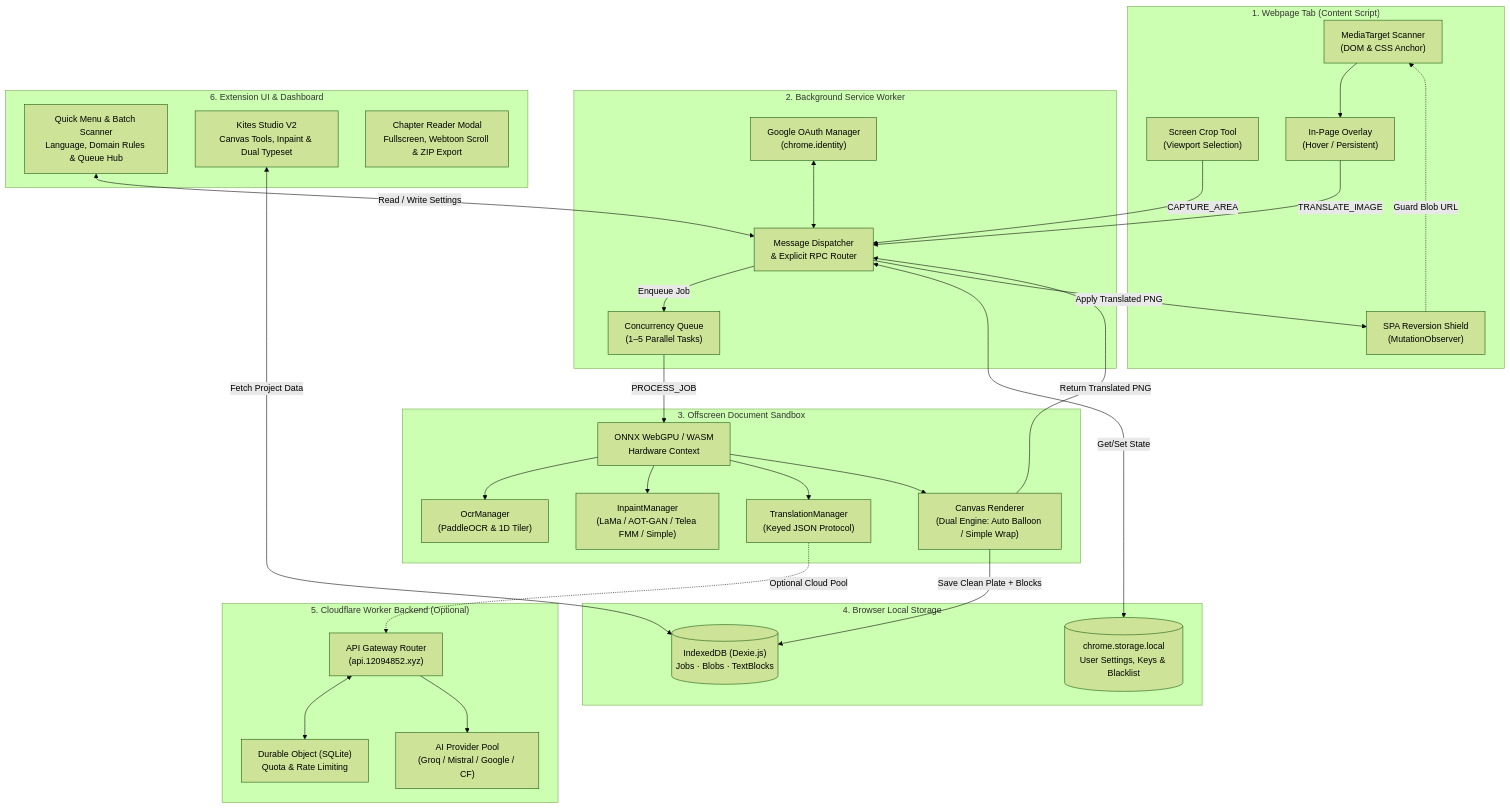
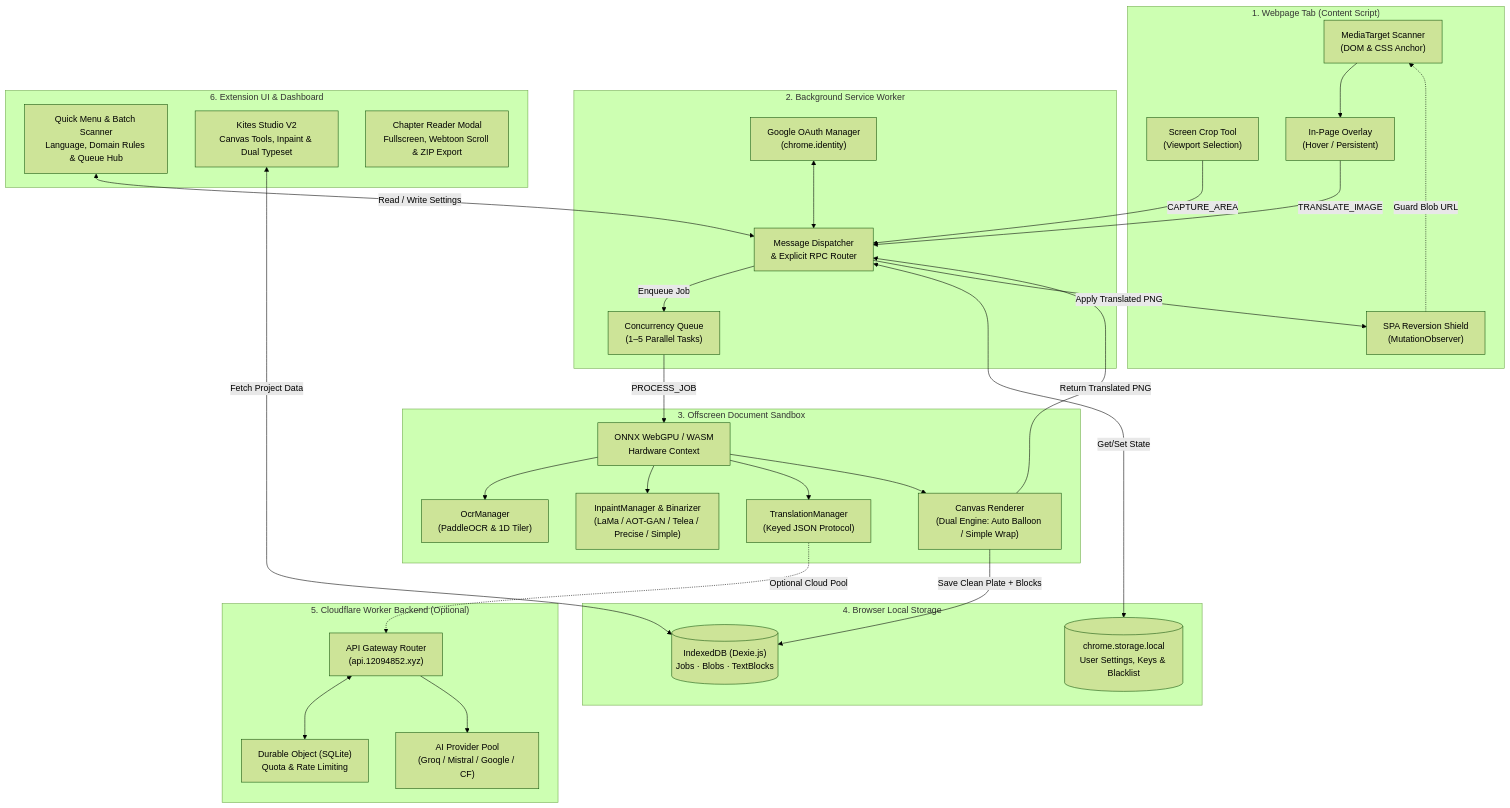
One commit to Unheat/Kites changed the diagram in docs/architecture/overview.md. Above: the diagram before and after it, drawn with Mermaid (forest theme). The commit also changed other lines of this file and 4 other files, not shown here.

Commit message:
docs: fix Mermaid syntax errors, document Binarizer, and align all 6 inpaint tiers

````diff
--- a/docs/architecture/overview.md
+++ b/docs/architecture/overview.md
@@ -15,66 +15,66 @@
 ```mermaid
 graph TB
     subgraph BrowserTab["1. Webpage Tab (Content Script)"]
         Scanner["MediaTarget Scanner<br/>(DOM & CSS Anchor)"]
         Shield["SPA Reversion Shield<br/>(MutationObserver)"]
         ScreenCrop["Screen Crop Tool<br/>(Viewport Selection)"]
         UIButtons["In-Page Overlay<br/>(Hover / Persistent)"]
     end
 
     subgraph ExtensionServiceWorker["2. Background Service Worker"]
         Hub["Message Dispatcher<br/>& Explicit RPC Router"]
         Queue["Concurrency Queue<br/>(1–5 Parallel Tasks)"]
         OAuth["Google OAuth Manager<br/>(chrome.identity)"]
     end
 
     subgraph OffscreenDoc["3. Offscreen Document Sandbox"]
         WebGPU["ONNX WebGPU / WASM<br/>Hardware Context"]
         OcrSvc["OcrManager<br/>(PaddleOCR & 1D Tiler)"]
-        InpaintSvc["InpaintManager<br/>(LaMa / AOT-GAN / Telea FMM / Simple)"]
+        InpaintSvc["InpaintManager & Binarizer<br/>(LaMa / AOT-GAN / Telea / Precise / Simple)"]
         TransSvc["TranslationManager<br/>(Keyed JSON Protocol)"]
         RenderSvc["Canvas Renderer<br/>(Dual Engine: Auto Balloon / Simple Wrap)"]
     end
 
     subgraph LocalStorage["4. Browser Local Storage"]
         DexieDB[("IndexedDB (Dexie.js)<br/>Jobs · Blobs · TextBlocks")]
         LocalStore[("chrome.storage.local<br/>User Settings, Keys & Blacklist")]
     end
 
     subgraph CloudflareBackend["5. Cloudflare Worker Backend (Optional)"]
         WorkerRouter["API Gateway Router<br/>(api.12094852.xyz)"]
         WorkerDO["Durable Object (SQLite)<br/>Quota & Rate Limiting"]
         ProviderPool["AI Provider Pool<br/>(Groq / Mistral / Google / CF)"]
     end
 
     subgraph DesktopUI["6. Extension UI & Dashboard"]
         PopupView["Quick Menu & Batch Scanner<br/>Language, Domain Rules & Queue Hub"]
         StudioApp["Kites Studio V2<br/>Canvas Tools, Inpaint & Dual Typeset"]
         ReaderModal["Chapter Reader Modal<br/>Fullscreen, Webtoon Scroll & ZIP Export"]
     end
 
     UIButtons -->|TRANSLATE_IMAGE| Hub
     Scanner --> UIButtons
     Shield -.->|Guard Blob URL| Scanner
     ScreenCrop -->|CAPTURE_AREA| Hub
 
     Hub -->|Enqueue Job| Queue
     Queue -->|PROCESS_JOB| WebGPU
     Hub <-->|Get/Set State| LocalStore
     OAuth <--> Hub
 
     WebGPU --> OcrSvc
     WebGPU --> InpaintSvc
     WebGPU --> TransSvc
     WebGPU --> RenderSvc
 
     TransSvc -.->|Optional Cloud Pool| WorkerRouter
     WorkerRouter <--> WorkerDO
     WorkerRouter --> ProviderPool
 
     RenderSvc -->|Save Clean Plate + Blocks| DexieDB
     RenderSvc -->|Return Translated PNG| Hub
     Hub -->|Apply Translated PNG| Shield
 
     PopupView <-->|Read / Write Settings| Hub
     StudioApp <-->|Fetch Project Data| DexieDB
 ```
````
